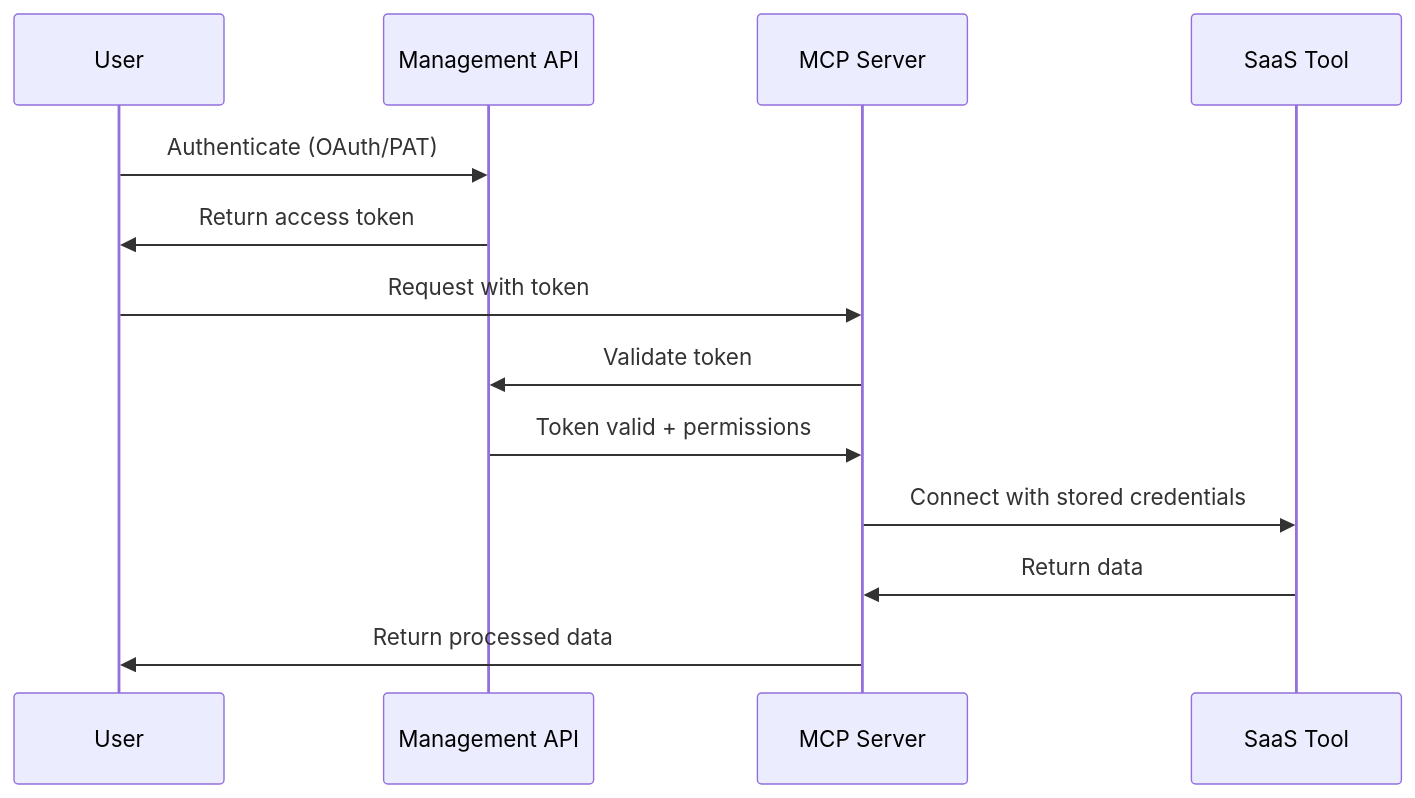
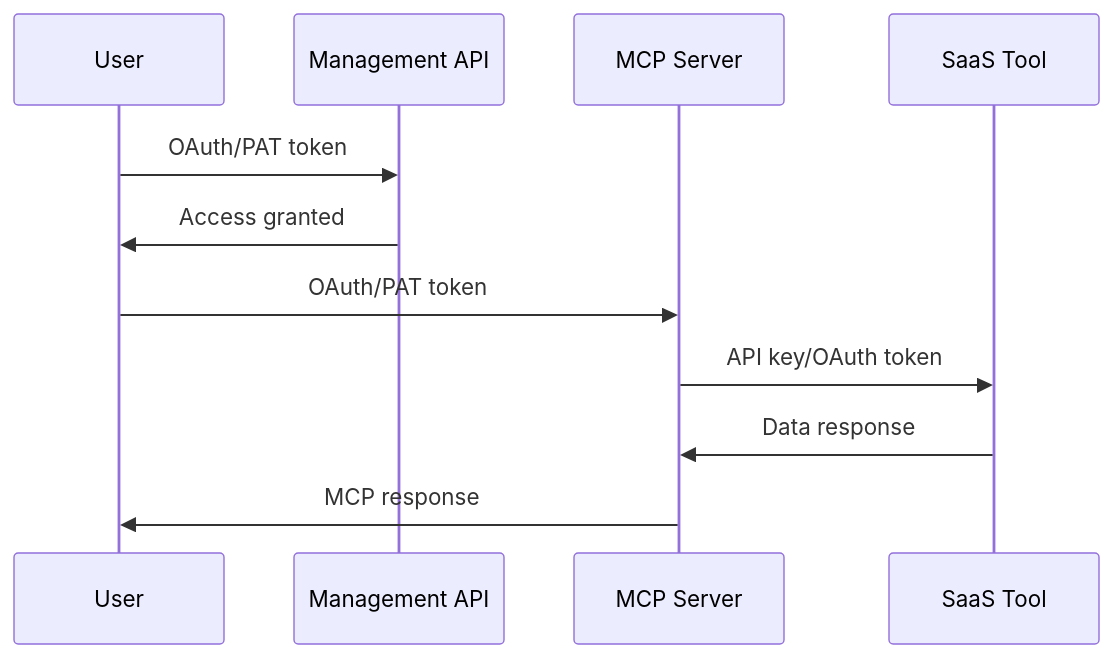
Before and after one commit to d7ventures/docs: the diagram in authentication/introduction.mdx, drawn with Mermaid. The commit also changed other lines of this file and 3 other files, not shown here.

````diff
--- a/authentication/introduction.mdx
+++ b/authentication/introduction.mdx
@@ -52,16 +49,14 @@
 ```mermaid
 sequenceDiagram
     participant User
     participant Management API
     participant MCP Server
     participant SaaS Tool
 
-    User->>Management API: Authenticate (OAuth/PAT)
-    Management API->>User: Return access token
-    User->>MCP Server: Request with token
-    MCP Server->>Management API: Validate token
-    Management API->>MCP Server: Token valid + permissions
-    MCP Server->>SaaS Tool: Connect with stored credentials
-    SaaS Tool->>MCP Server: Return data
-    MCP Server->>User: Return processed data
+    User->>Management API: OAuth/PAT token
+    Management API->>User: Access granted
+    User->>MCP Server: OAuth/PAT token
+    MCP Server->>SaaS Tool: API key/OAuth token
+    SaaS Tool->>MCP Server: Data response
+    MCP Server->>User: MCP response
 ```
````
